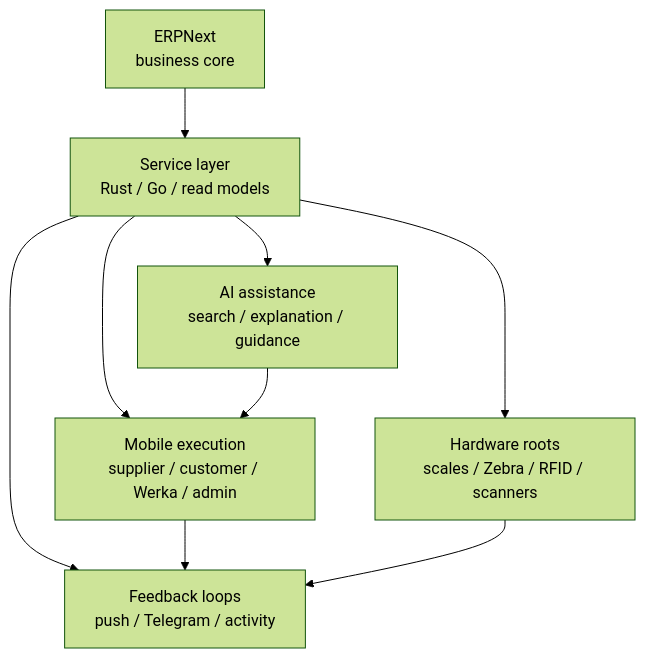
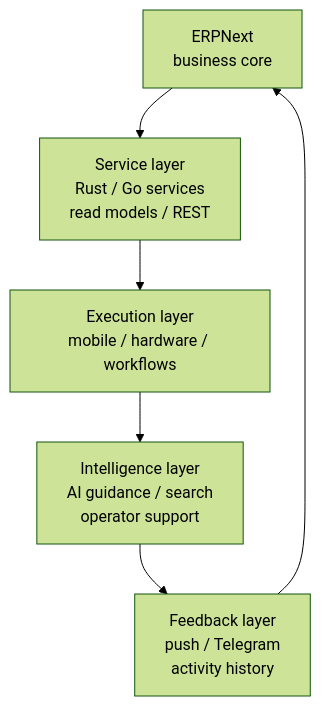
The diagram in README.md (WIKKIwk/WIKKIwk), drawn with Mermaid (forest theme) before and after one commit.

Commit message:
Make ecosystem diagram vertical

````diff
--- a/README.md
+++ b/README.md
@@ -80,18 +80,14 @@
 ```mermaid
 flowchart TB
     ERP["ERPNext<br/>business core"]
-    Services["Service layer<br/>Rust / Go / read models"]
-    Mobile["Mobile execution<br/>supplier / customer / Werka / admin"]
-    Hardware["Hardware roots<br/>scales / Zebra / RFID / scanners"]
-    Feedback["Feedback loops<br/>push / Telegram / activity"]
-    AI["AI assistance<br/>search / explanation / guidance"]
+    Services["Service layer<br/>Rust / Go services<br/>read models / REST"]
+    Execution["Execution layer<br/>mobile / hardware / workflows"]
+    Intelligence["Intelligence layer<br/>AI guidance / search<br/>operator support"]
+    Feedback["Feedback layer<br/>push / Telegram<br/>activity history"]
 
     ERP --> Services
-    Services --> Mobile
-    Services --> Hardware
-    Services --> Feedback
-    Services --> AI
-    Mobile --> Feedback
-    Hardware --> Feedback
-    AI --> Mobile
+    Services --> Execution
+    Execution --> Intelligence
+    Intelligence --> Feedback
+    Feedback --> ERP
 ```
````
